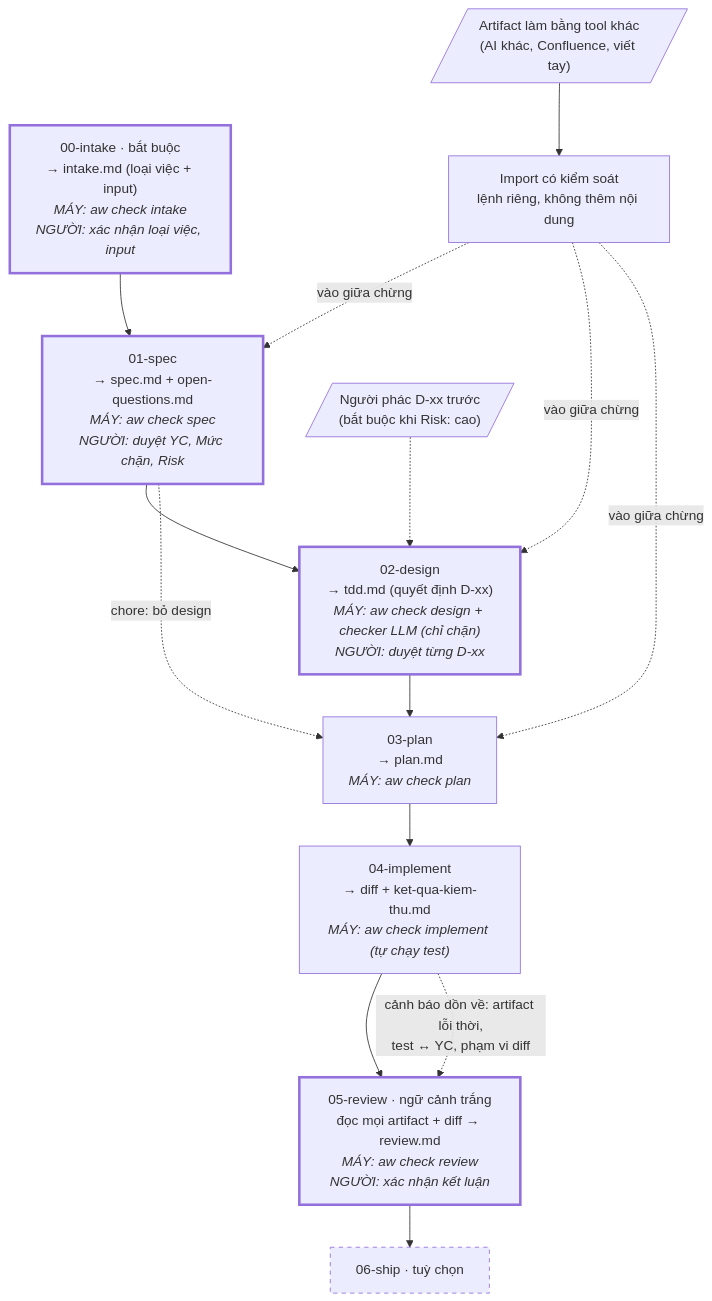
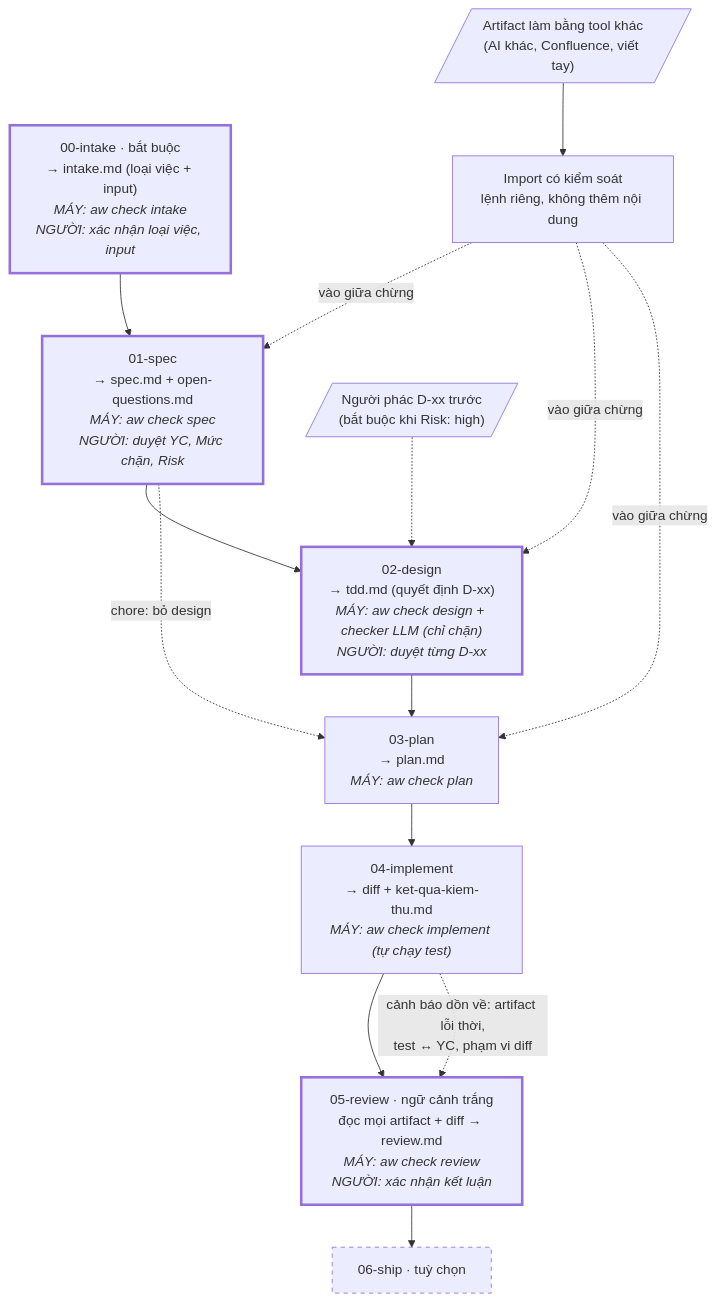
The diagram in README.md (dangminhphuc/agent-workflow), drawn with Mermaid before and after one commit. The commit also changed other lines of this file and 22 other files, not shown here.

````diff
--- a/README.md
+++ b/README.md
@@ -46,31 +46,31 @@
 ```mermaid
 flowchart TD
     INTAKE["00-intake · bắt buộc<br/>→ intake.md (loại việc + input)<br/><i>MÁY: aw check intake</i><br/><i>NGƯỜI: xác nhận loại việc, input</i>"]
     SPEC["01-spec<br/>→ spec.md + open-questions.md<br/><i>MÁY: aw check spec</i><br/><i>NGƯỜI: duyệt YC, Mức chặn, Risk</i>"]
-    PHAC[/"Người phác D-xx trước<br/>(bắt buộc khi Risk: cao)"/]
+    PHAC[/"Người phác D-xx trước<br/>(bắt buộc khi Risk: high)"/]
     DESIGN["02-design<br/>→ tdd.md (quyết định D-xx)<br/><i>MÁY: aw check design + checker LLM (chỉ chặn)</i><br/><i>NGƯỜI: duyệt từng D-xx</i>"]
     PLAN["03-plan<br/>→ plan.md<br/><i>MÁY: aw check plan</i>"]
     IMPL["04-implement<br/>→ diff + ket-qua-kiem-thu.md<br/><i>MÁY: aw check implement (tự chạy test)</i>"]
     REVIEW["05-review · ngữ cảnh trắng<br/>đọc mọi artifact + diff → review.md<br/><i>MÁY: aw check review</i><br/><i>NGƯỜI: xác nhận kết luận</i>"]
     SHIP["06-ship · tuỳ chọn"]
 
     NGOAI[/"Artifact làm bằng tool khác<br/>(AI khác, Confluence, viết tay)"/]
     IMPORT["Import có kiểm soát<br/>lệnh riêng, không thêm nội dung"]
 
     INTAKE --> SPEC --> DESIGN
     PHAC -.-> DESIGN
     DESIGN --> PLAN --> IMPL --> REVIEW --> SHIP
     SPEC -. "chore: bỏ design" .-> PLAN
 
     IMPL -. "cảnh báo dồn về: artifact lỗi thời,<br/>test ↔ YC, phạm vi diff" .-> REVIEW
 
     NGOAI --> IMPORT
     IMPORT -. "vào giữa chừng" .-> SPEC
     IMPORT -. "vào giữa chừng" .-> DESIGN
     IMPORT -. "vào giữa chừng" .-> PLAN
 
     classDef nguoi stroke-width:3px
     classDef tuychon stroke-dasharray:5 5
     class INTAKE,SPEC,DESIGN,REVIEW nguoi
     class SHIP tuychon
 ```
````
